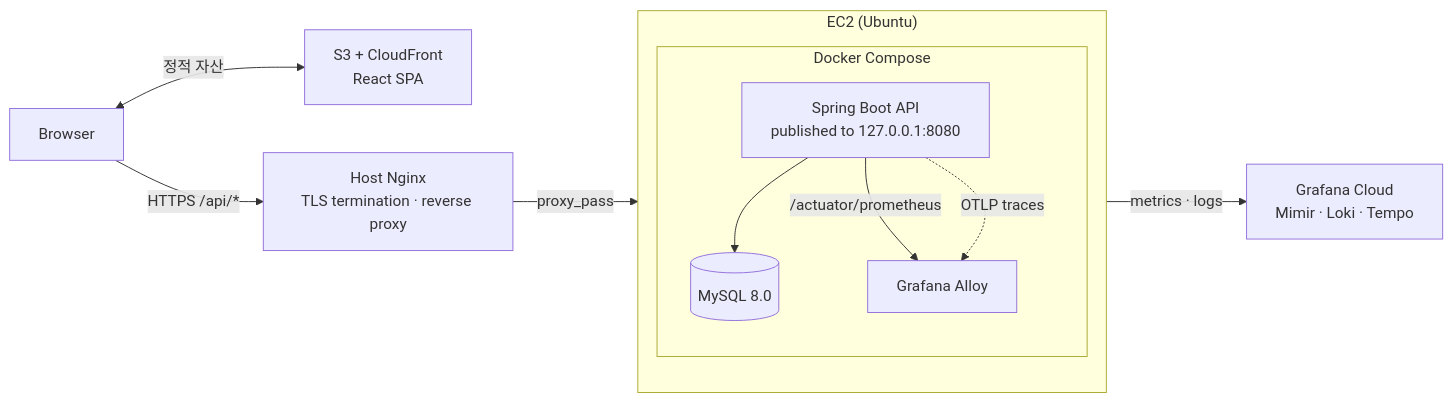
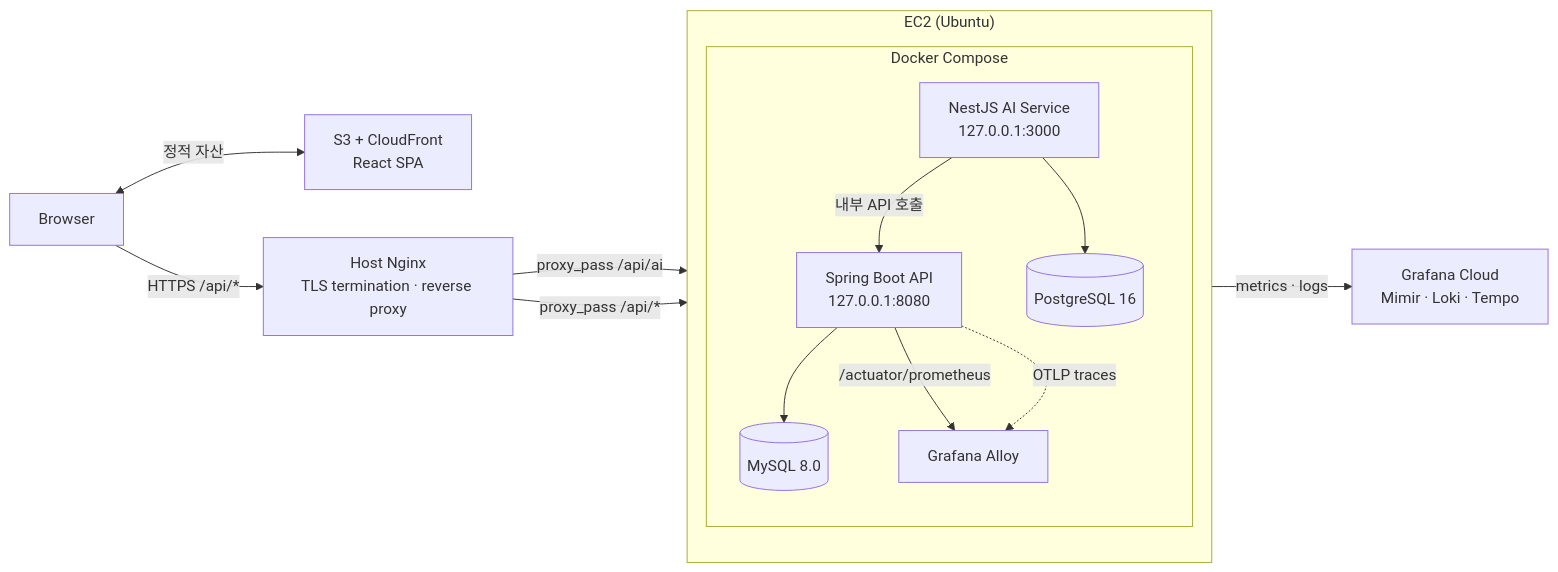
One commit to g1ennk/FlowMate changed the first of 4 diagrams in docs/architecture.md. Above: the diagram before and after it, drawn with Mermaid. The commit also changed other lines of this file and 2 other files, not shown here.

Commit message:
docs: AI service 반영 및 구조·릴리즈 이력 갱신

````diff
--- a/docs/architecture.md
+++ b/docs/architecture.md
@@ -14,24 +14,29 @@
 ```mermaid
 flowchart LR
     Browser["Browser"]
     CDN["S3 + CloudFront<br/>React SPA"]
     Nginx["Host Nginx<br/>TLS termination · reverse proxy"]
 
     subgraph EC2["EC2 (Ubuntu)"]
         direction TB
         subgraph Compose["Docker Compose"]
-            Backend["Spring Boot API<br/>published to 127.0.0.1:8080"]
+            Backend["Spring Boot API<br/>127.0.0.1:8080"]
             MySQL[("MySQL 8.0")]
+            AIService["NestJS AI Service<br/>127.0.0.1:3000"]
+            Postgres[("PostgreSQL 16")]
             Alloy["Grafana Alloy"]
         end
     end
 
     Grafana["Grafana Cloud<br/>Mimir · Loki · Tempo"]
     Browser <-->|정적 자산| CDN
     Browser -->|HTTPS /api/*| Nginx
-    Nginx -->|proxy_pass| Backend
+    Nginx -->|proxy_pass /api/ai| AIService
+    Nginx -->|proxy_pass /api/*| Backend
     Backend --> MySQL
+    AIService --> Postgres
+    AIService -->|내부 API 호출| Backend
     Backend -->|/actuator/prometheus| Alloy
     Backend -.->|OTLP traces| Alloy
     Alloy -->|metrics · logs| Grafana
 ```
````
